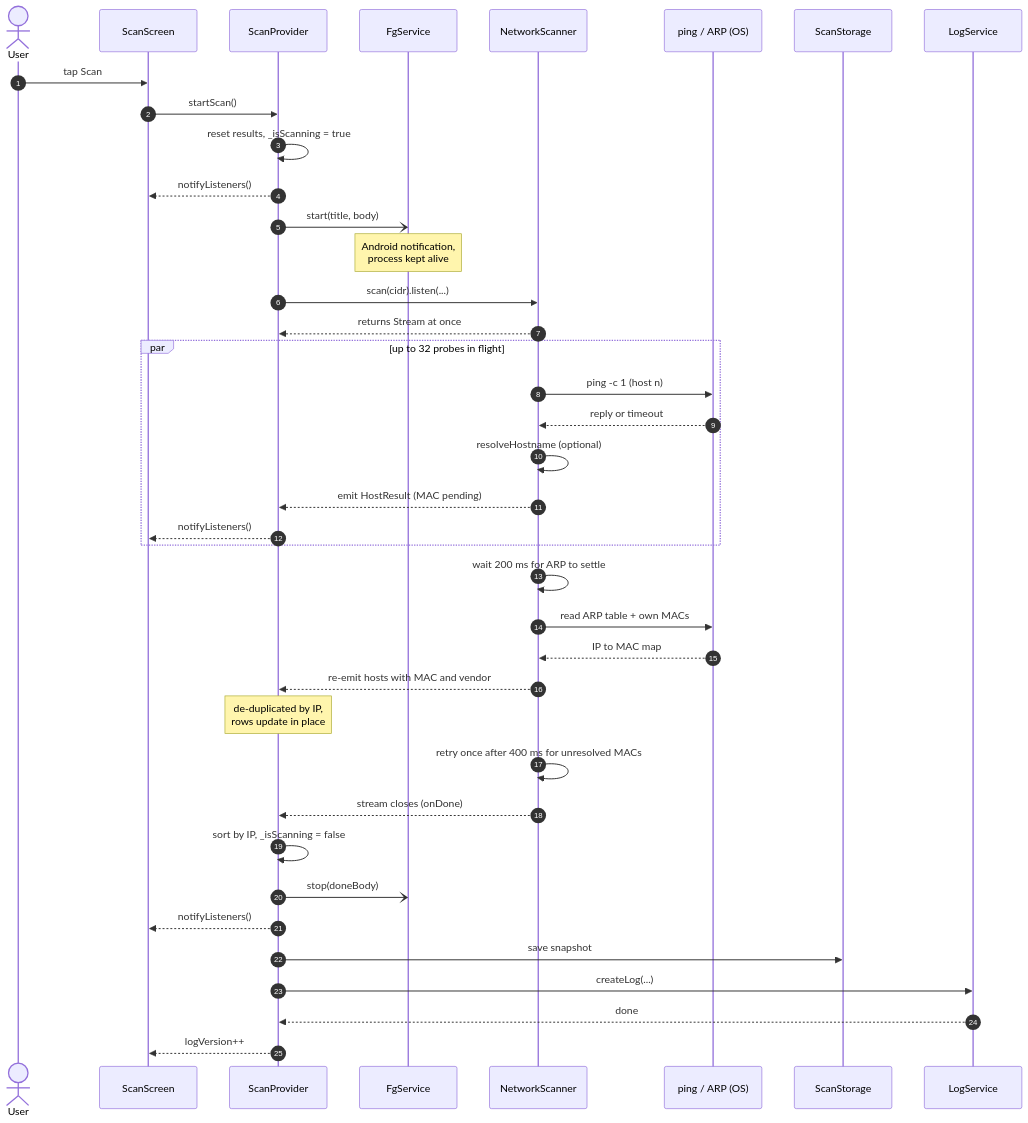
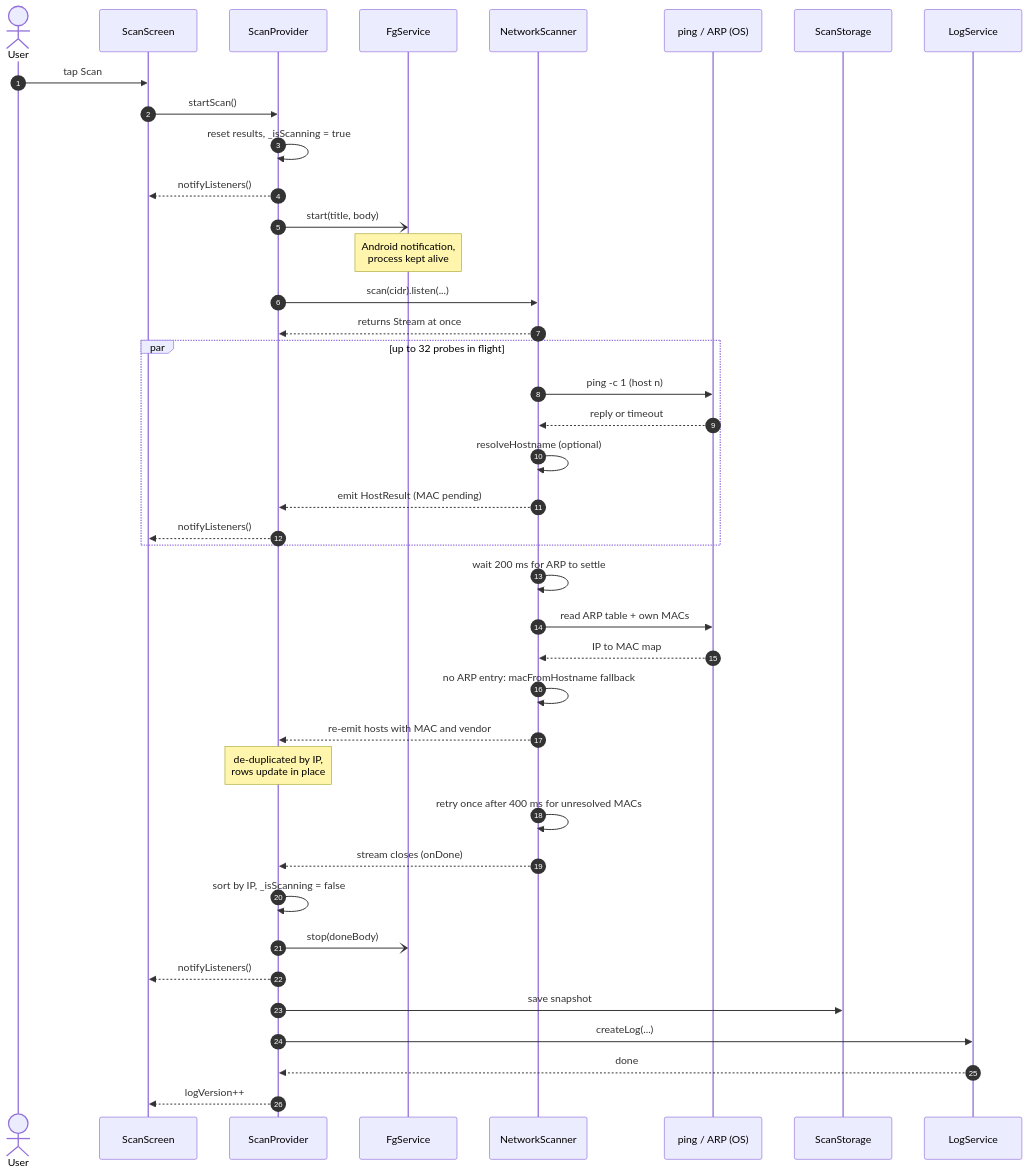
One commit to igrowing/SimplyNet changed the fifth of 6 diagrams in architecture.md. Above: the diagram before and after it, drawn with Mermaid. The commit also changed other lines of this file and 10 other files, not shown here.

````diff
--- a/architecture.md
+++ b/architecture.md
@@ -384,45 +419,46 @@
 ```mermaid
 sequenceDiagram
     autonumber
     actor User
     participant UI as ScanScreen
     participant SP as ScanProvider
     participant FG as FgService
     participant NS as NetworkScanner
     participant OS as ping / ARP (OS)
     participant ST as ScanStorage
     participant LS as LogService
 
     User->>UI: tap Scan
     UI->>SP: startScan()
     SP->>SP: reset results, _isScanning = true
     SP-->>UI: notifyListeners()
     SP-)FG: start(title, body)
     Note over FG: Android notification,<br/>process kept alive
     SP->>NS: scan(cidr).listen(...)
     NS-->>SP: returns Stream at once
 
     par up to 32 probes in flight
         NS->>OS: ping -c 1 (host n)
         OS-->>NS: reply or timeout
         NS->>NS: resolveHostname (optional)
         NS-->>SP: emit HostResult (MAC pending)
         SP-->>UI: notifyListeners()
     end
 
     NS->>NS: wait 200 ms for ARP to settle
     NS->>OS: read ARP table + own MACs
     OS-->>NS: IP to MAC map
+    NS->>NS: no ARP entry: macFromHostname fallback
     NS-->>SP: re-emit hosts with MAC and vendor
     Note over SP: de-duplicated by IP,<br/>rows update in place
     NS->>NS: retry once after 400 ms for unresolved MACs
     NS-->>SP: stream closes (onDone)
 
     SP->>SP: sort by IP, _isScanning = false
     SP-)FG: stop(doneBody)
     SP-->>UI: notifyListeners()
     SP->>ST: save snapshot
     SP->>LS: createLog(...)
     LS-->>SP: done
     SP-->>UI: logVersion++
 ```
````
